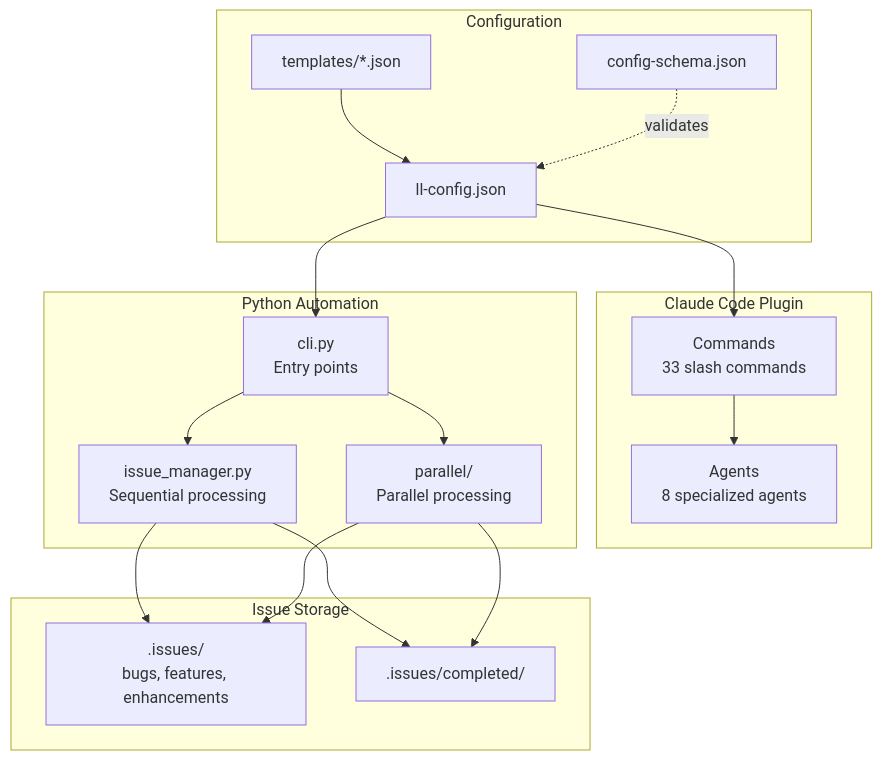
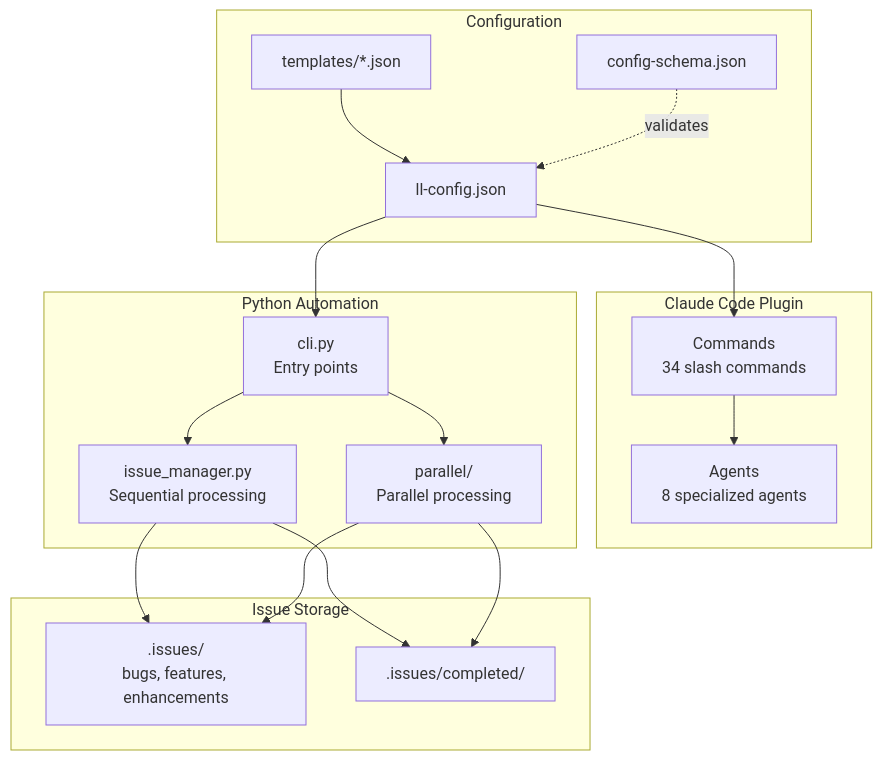
One commit to BrennonTWilliams/little-loops changed the first of 13 diagrams in docs/ARCHITECTURE.md. Above: the diagram before and after it, drawn with Mermaid. The commit also changed 6 other files, not shown here.

````diff
--- a/docs/ARCHITECTURE.md
+++ b/docs/ARCHITECTURE.md
@@ -21,36 +21,36 @@
 ```mermaid
 flowchart TB
     subgraph "Claude Code Plugin"
-        CMD[Commands<br/>33 slash commands]
+        CMD[Commands<br/>34 slash commands]
         AGT[Agents<br/>8 specialized agents]
     end
 
     subgraph "Configuration"
         CFG[ll-config.json]
         SCHEMA[config-schema.json]
         TPL[templates/*.json]
     end
 
     subgraph "Python Automation"
         CLI[cli.py<br/>Entry points]
         AUTO[issue_manager.py<br/>Sequential processing]
         PARALLEL[parallel/<br/>Parallel processing]
     end
 
     subgraph "Issue Storage"
         ISSUES[.issues/<br/>bugs, features, enhancements]
         COMPLETED[.issues/completed/]
     end
 
     CFG --> CMD
     TPL --> CFG
     SCHEMA -.->|validates| CFG
     CFG --> CLI
     CMD --> AGT
     CLI --> AUTO
     CLI --> PARALLEL
     AUTO --> ISSUES
     PARALLEL --> ISSUES
     AUTO --> COMPLETED
     PARALLEL --> COMPLETED
 ```
````
